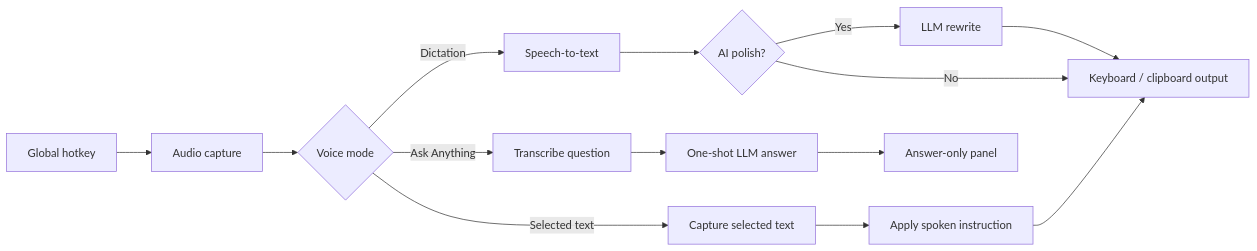
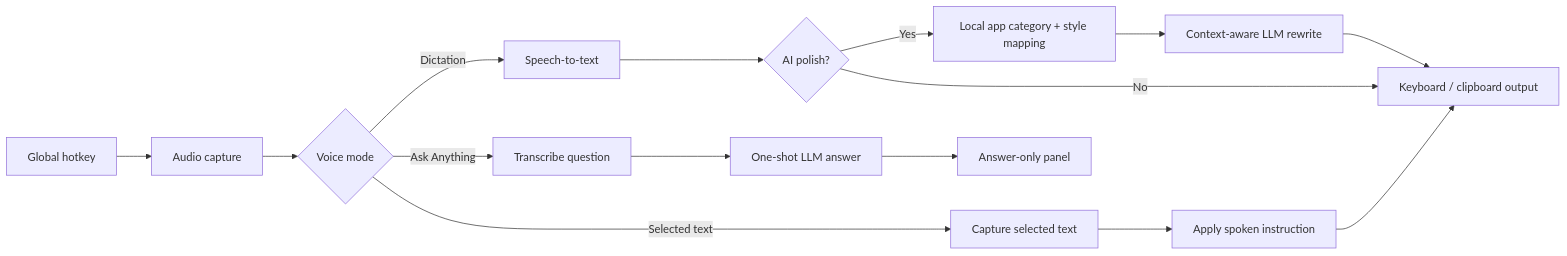
Before and after one commit to dghd7639-netizen/penfall: the first of 3 diagrams in README.md, drawn with Mermaid. The commit also changed other lines of this file and 3 other files, not shown here.

````diff
--- a/README.md
+++ b/README.md
@@ -95,16 +114,17 @@
 ```mermaid
 flowchart LR
   Hotkey["Global hotkey"] --> Capture["Audio capture"]
   Capture --> Mode{"Voice mode"}
   Mode -->|"Dictation"| STT["Speech-to-text"]
   STT --> Polish{"AI polish?"}
-  Polish -->|"Yes"| LLM["LLM rewrite"]
+  Polish -->|"Yes"| Context["Local app category + style mapping"]
+  Context --> LLM["Context-aware LLM rewrite"]
   Polish -->|"No"| Output["Keyboard / clipboard output"]
   LLM --> Output
   Mode -->|"Ask Anything"| AskSTT["Transcribe question"]
   AskSTT --> AskLLM["One-shot LLM answer"]
   AskLLM --> Panel["Answer-only panel"]
   Mode -->|"Selected text"| Selection["Capture selected text"]
   Selection --> EditLLM["Apply spoken instruction"]
   EditLLM --> Output
 ```
````
